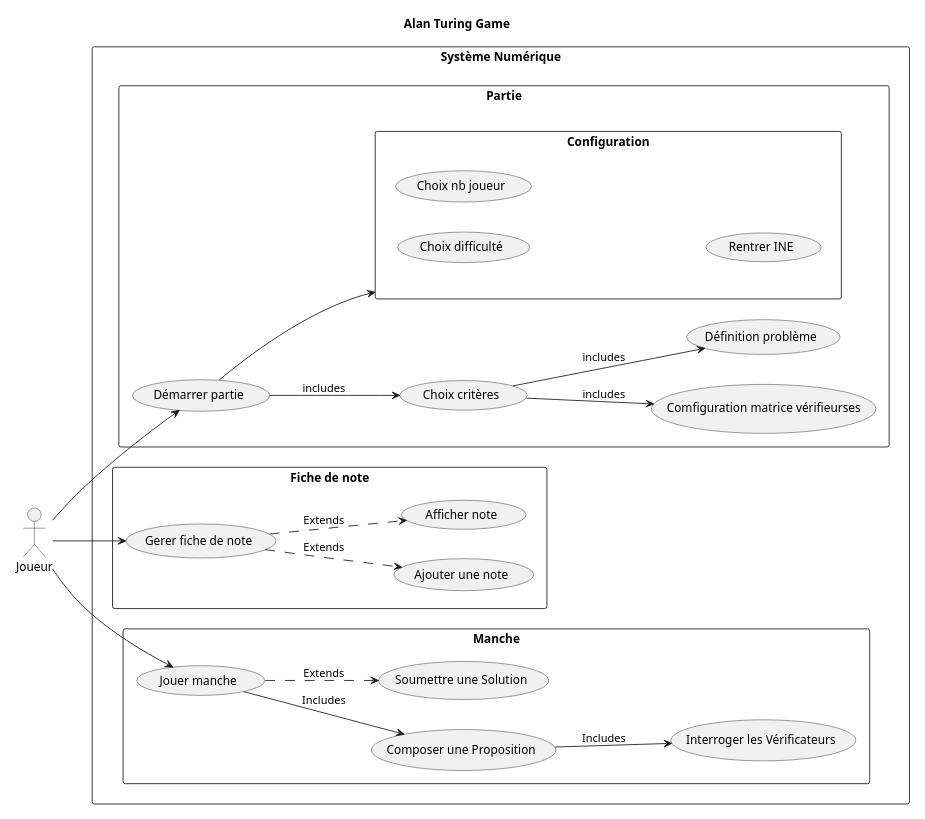
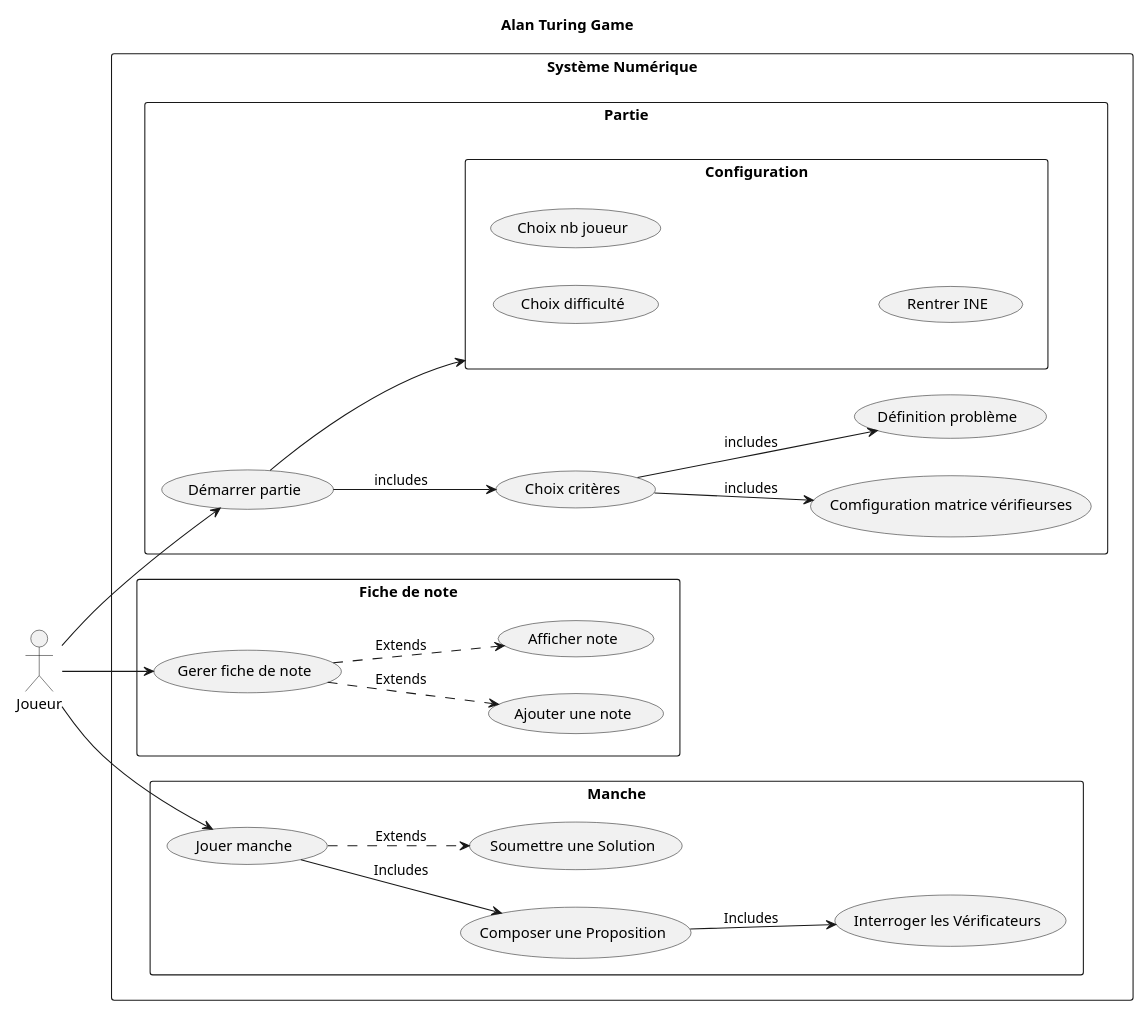
Before and after one commit to Earth-Wind-and-Fire/AP4B_Report: the diagram in Writerside/topics/Diagrammes-Use-Case.md, drawn with PlantUML. The commit also changed 3 other files, not shown here.

````diff
--- a/Writerside/topics/Diagrammes-Use-Case.md
+++ b/Writerside/topics/Diagrammes-Use-Case.md
@@ -14,57 +14,57 @@
 ```PlantUML
 @startuml
-scale 0.6
+scale 0.75
 
 title Alan Turing Game
 
 left to right direction
 
 actor "Joueur" as Player
 
 rectangle "Système Numérique" as System {
 
     rectangle "Partie" as game {
         usecase UC5 as "Démarrer partie"
         usecase UC6 as "Choix critères"
         usecase UC7 as "Comfiguration matrice vérifieurses"
         usecase UC8 as "Définition problème"
 
         rectangle "Configuration" as config{
                 usecase UC9 as "Choix difficulté"
                 usecase UC10 as "Choix nb joueur"
                 usecase UC14 as "Rentrer INE"
         }
 
         UC5 --> UC6 : includes
         UC6 --> UC7 : includes
         UC6 --> UC8 : includes
         UC5 --> config
     }
 
     rectangle "Fiche de note" as paper{
         usecase UC3 as "Gerer fiche de note"
         usecase UC11 as "Ajouter une note"
         usecase UC12 as "Afficher note"
 
         UC3 ..> UC11 : Extends
         UC3 ..> UC12 : Extends
     }
 
     rectangle "Manche" as round{
         usecase UC13 as "Jouer manche"
         usecase UC1 as "Composer une Proposition"
         usecase UC2 as "Interroger les Vérificateurs"
         usecase UC4 as "Soumettre une Solution"
 
         UC13 --> UC1 : Includes
         UC1 --> UC2 : Includes
         UC13 ..> UC4 : Extends
     }
 }
 
 Player --> UC5
 Player --> UC3
 Player --> UC13
 
 @enduml
 ```
````
